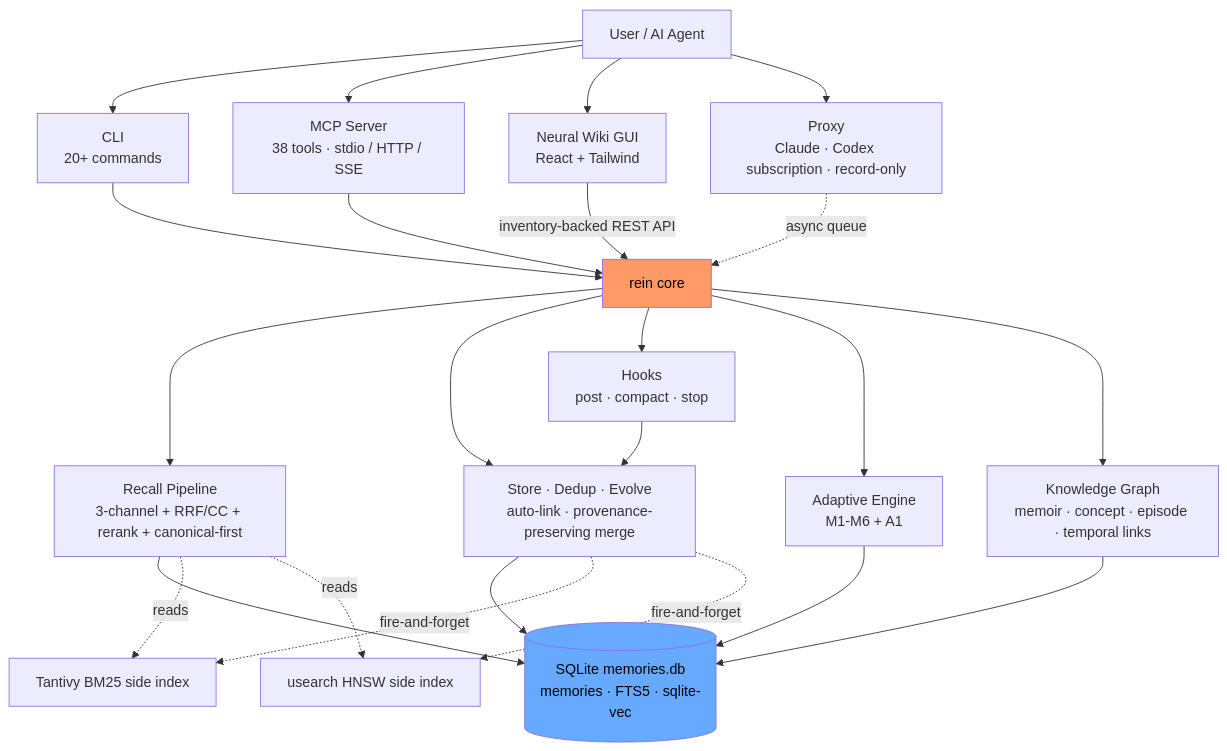
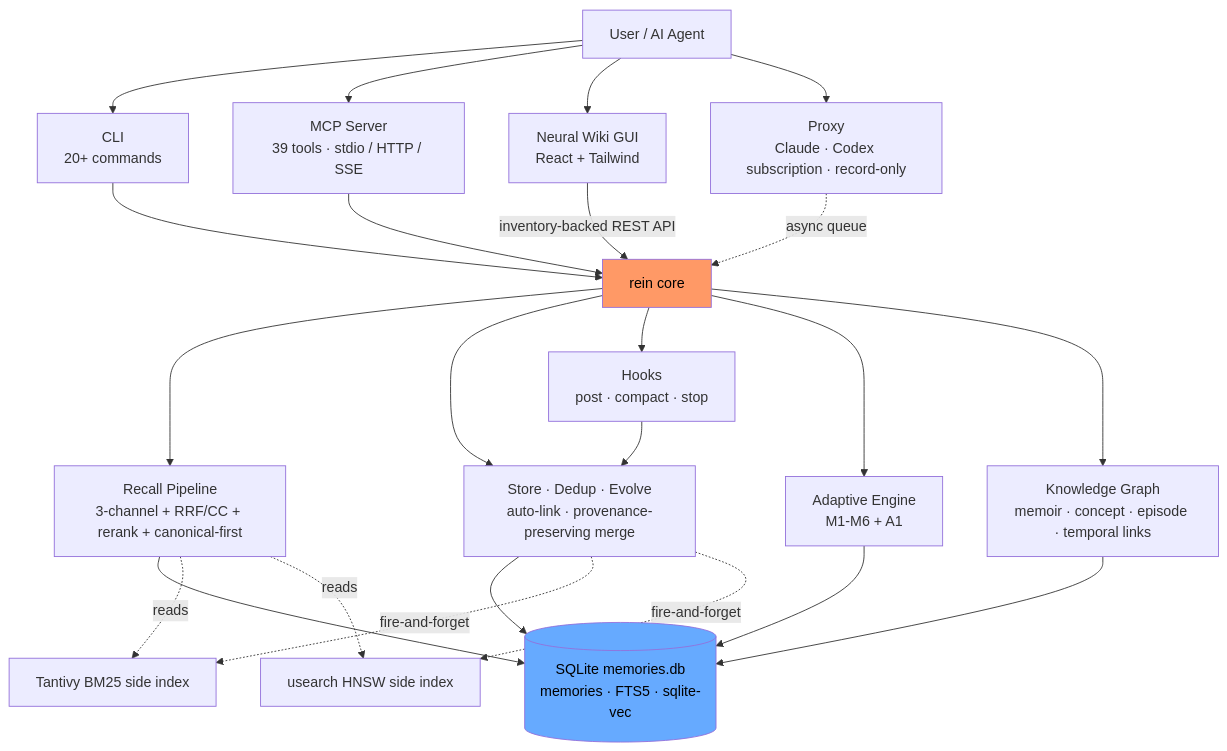
Before and after one commit to lyr1cs/rein: the fourth of 8 diagrams in README.md, drawn with Mermaid. The commit also changed other lines of this file and 26 other files, not shown here.

````diff
--- a/README.md
+++ b/README.md
@@ -877,49 +878,49 @@
 ```mermaid
 flowchart TD
     U[User / AI Agent]
     CLI[CLI\n20+ commands]
-    MCP[MCP Server\n38 tools · stdio / HTTP / SSE]
+    MCP[MCP Server\n39 tools · stdio / HTTP / SSE]
     GUI[Neural Wiki GUI\nReact + Tailwind]
     PXY[Proxy\nClaude · Codex subscription · record-only]
 
     U --> CLI
     U --> MCP
     U --> GUI
     U --> PXY
 
     CORE[rein core]
     CLI --> CORE
     MCP --> CORE
     GUI -->|inventory-backed REST API| CORE
     PXY -.->|async queue| CORE
 
     REC[Recall Pipeline\n3-channel + RRF/CC + rerank + canonical-first]
     ST[Store · Dedup · Evolve\nauto-link · provenance-preserving merge]
     HK[Hooks\npost · compact · stop]
     ADP[Adaptive Engine\nM1-M6 + A1]
     KG[Knowledge Graph\nmemoir · concept · episode · temporal links]
 
     CORE --> REC
     CORE --> ST
     CORE --> HK
     CORE --> ADP
     CORE --> KG
 
     DB[(SQLite memories.db\nmemories · FTS5 · sqlite-vec)]
     TN[Tantivy BM25 side index]
     US[usearch HNSW side index]
 
     REC --> DB
     ST --> DB
     HK --> ST
     ADP --> DB
     KG --> DB
 
     ST -.fire-and-forget.-> TN
     ST -.fire-and-forget.-> US
     REC -.reads.-> TN
     REC -.reads.-> US
 
     style DB fill:#6af,color:#000
     style CORE fill:#f96,color:#000
 ```
````
